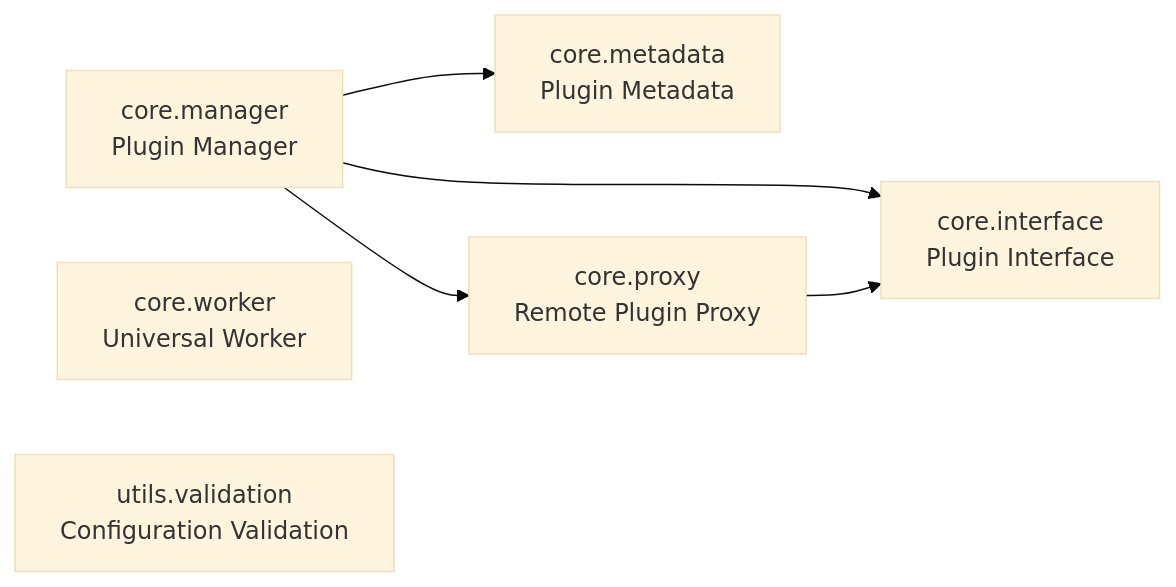
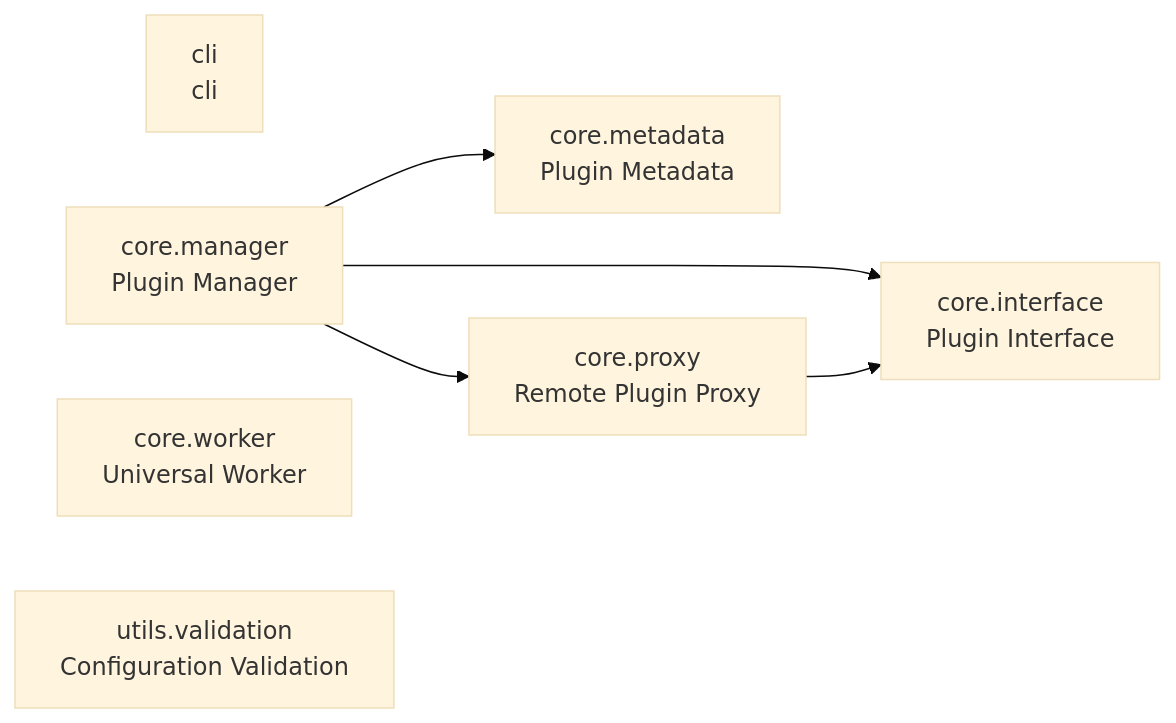
Before and after one commit to cj-mills/cjm-plugin-system: the diagram in README.md, drawn with Mermaid (base theme). The commit also changed other lines of this file and 6 other files, not shown here.

````diff
--- a/README.md
+++ b/README.md
@@ -28,14 +29,15 @@
 ``` mermaid
 graph LR
+    cli[cli<br/>cli]
     core_interface[core.interface<br/>Plugin Interface]
     core_manager[core.manager<br/>Plugin Manager]
     core_metadata[core.metadata<br/>Plugin Metadata]
     core_proxy[core.proxy<br/>Remote Plugin Proxy]
     core_worker[core.worker<br/>Universal Worker]
     utils_validation[utils.validation<br/>Configuration Validation]
 
     core_manager --> core_metadata
+    core_manager --> core_interface
     core_manager --> core_proxy
-    core_manager --> core_interface
     core_proxy --> core_interface
 ```
````
